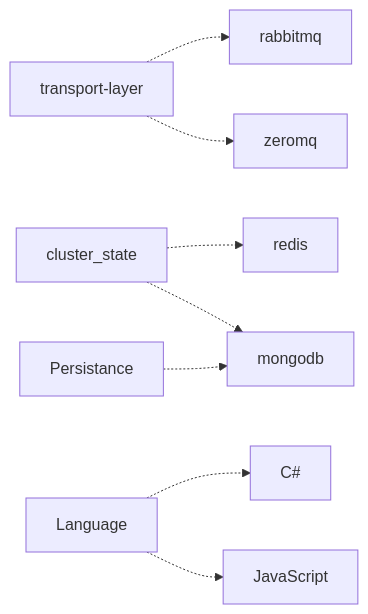
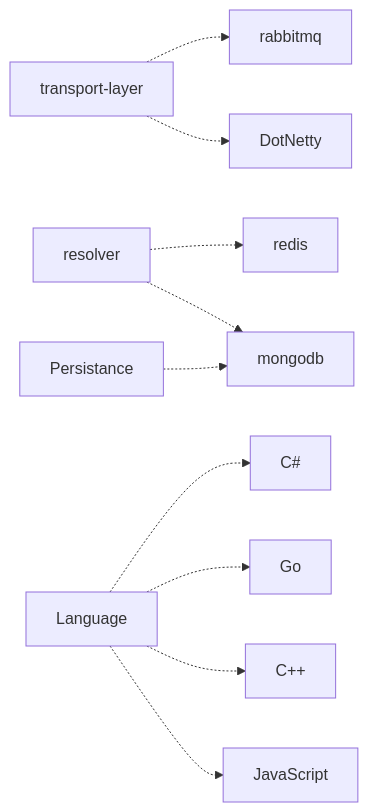
One commit to AICorpGlobal/Delegactor changed the second of 7 diagrams in docs/ActorFramework.md. Above: the diagram before and after it, drawn with Mermaid. The commit also changed other lines of this file, not shown here.

````diff
--- a/docs/ActorFramework.md
+++ b/docs/ActorFramework.md
@@ -93,13 +89,15 @@
 ```mermaid
 graph LR
 transport-layer -.-> rabbitmq
-transport-layer -.-> zeromq
-cluster_state -.-> redis
-cluster_state -.-> mongodb
+transport-layer -.-> DotNetty
+resolver -.-> redis
+resolver -.-> mongodb
 
 Persistance -.-> mongodb
 
 Language -.-> C#
+Language -.-> Go
+Language -.-> C++
 Language -.-> JavaScript
 
 ```
````
